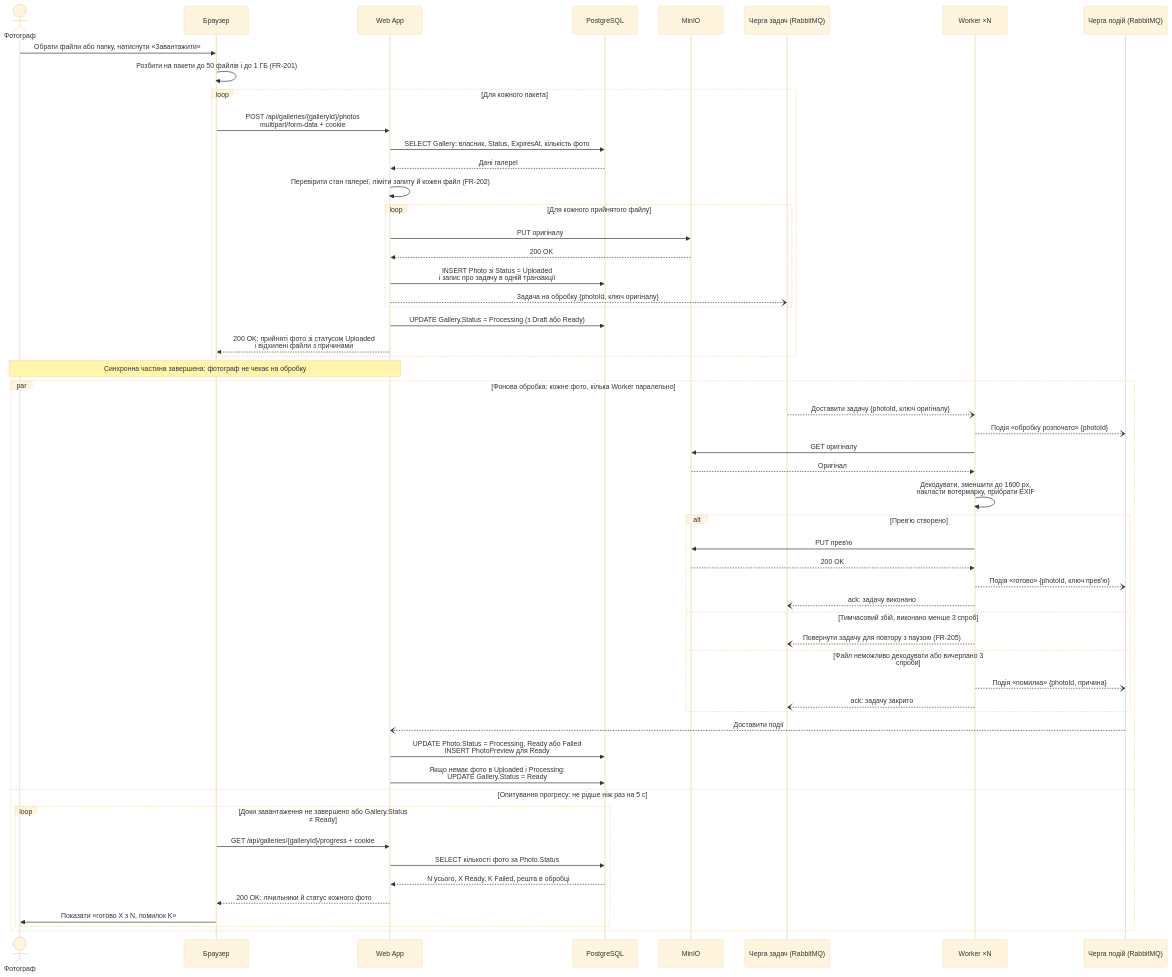
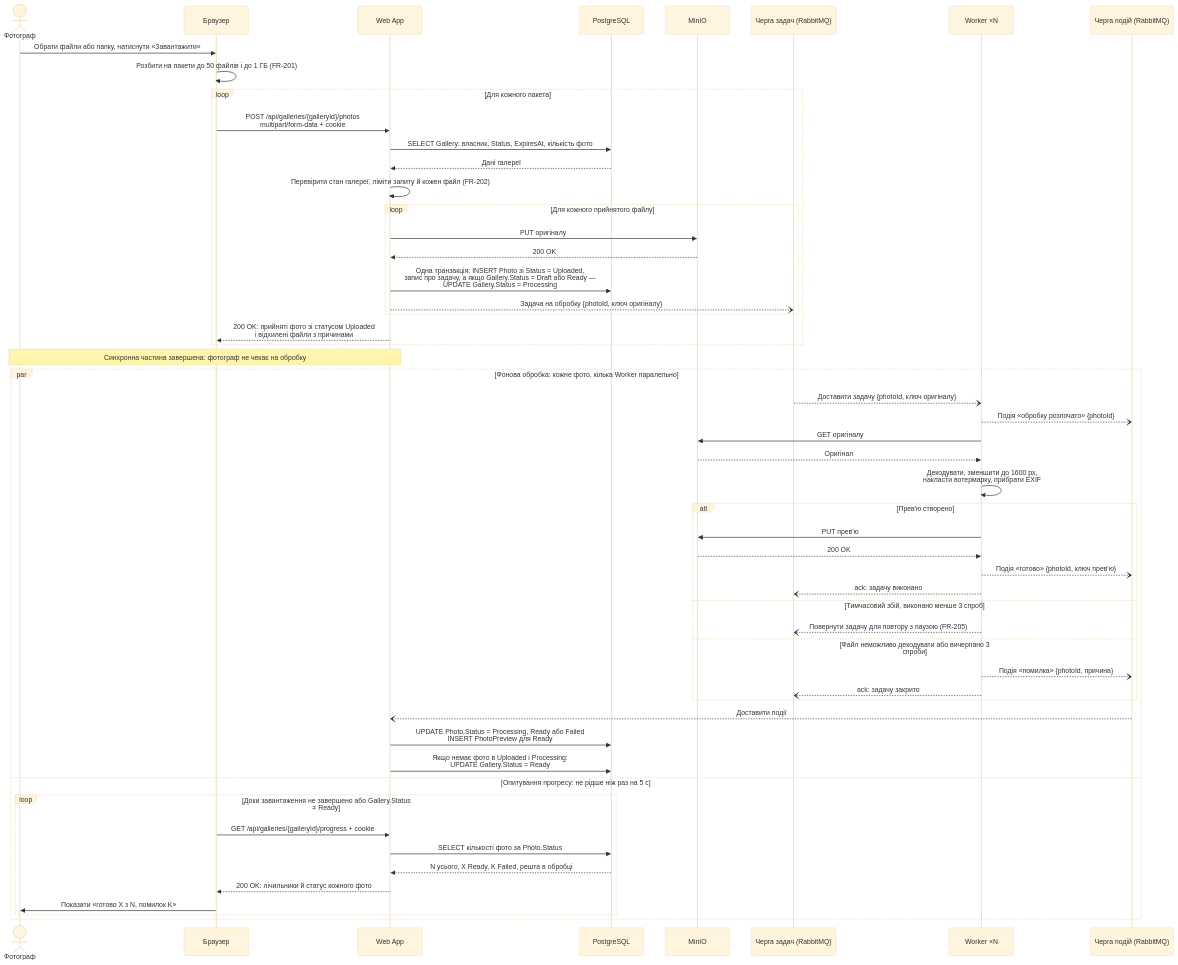
The diagram in docs/04-architecture/flow-zone-b.md (alonasaienko/picpick), drawn with Mermaid (base theme) before and after one commit. The commit also changed other lines of this file, not shown here.

Commit message:
docs(architecture): move gallery status update into photo transaction

````diff
--- a/docs/04-architecture/flow-zone-b.md
+++ b/docs/04-architecture/flow-zone-b.md
@@ -12,60 +12,59 @@
 ```mermaid
 sequenceDiagram
     actor Photographer as Фотограф
     participant Browser as Браузер
     participant WebApp as Web App
     participant PostgreSQL as PostgreSQL
     participant MinIO as MinIO
     participant Tasks as Черга задач (RabbitMQ)
     participant Worker as Worker ×N
     participant Events as Черга подій (RabbitMQ)
 
     Photographer->>Browser: Обрати файли або папку, натиснути «Завантажити»
     Browser->>Browser: Розбити на пакети до 50 файлів і до 1 ГБ (FR-201)
 
     loop Для кожного пакета
         Browser->>WebApp: POST /api/galleries/{galleryId}/photos<br/>multipart/form-data + cookie
         WebApp->>PostgreSQL: SELECT Gallery: власник, Status, ExpiresAt, кількість фото
         PostgreSQL-->>WebApp: Дані галереї
         WebApp->>WebApp: Перевірити стан галереї, ліміти запиту й кожен файл (FR-202)
         loop Для кожного прийнятого файлу
             WebApp->>MinIO: PUT оригіналу
             MinIO-->>WebApp: 200 OK
-            WebApp->>PostgreSQL: INSERT Photo зі Status = Uploaded<br/>і запис про задачу в одній транзакції
+            WebApp->>PostgreSQL: Одна транзакція: INSERT Photo зі Status = Uploaded,<br/>запис про задачу, а якщо Gallery.Status = Draft або Ready —<br/>UPDATE Gallery.Status = Processing
             WebApp--)Tasks: Задача на обробку {photoId, ключ оригіналу}
         end
-        WebApp->>PostgreSQL: UPDATE Gallery.Status = Processing (з Draft або Ready)
         WebApp-->>Browser: 200 OK: прийняті фото зі статусом Uploaded<br/>і відхилені файли з причинами
     end
     Note over Photographer,WebApp: Синхронна частина завершена: фотограф не чекає на обробку
 
     par Фонова обробка: кожне фото, кілька Worker паралельно
         Tasks--)Worker: Доставити задачу {photoId, ключ оригіналу}
         Worker--)Events: Подія «обробку розпочато» {photoId}
         Worker->>MinIO: GET оригіналу
         MinIO-->>Worker: Оригінал
         Worker->>Worker: Декодувати, зменшити до 1600 px,<br/>накласти вотермарку, прибрати EXIF
         alt Прев'ю створено
             Worker->>MinIO: PUT прев'ю
             MinIO-->>Worker: 200 OK
             Worker--)Events: Подія «готово» {photoId, ключ прев'ю}
             Worker--)Tasks: ack: задачу виконано
         else Тимчасовий збій, виконано менше 3 спроб
             Worker--)Tasks: Повернути задачу для повтору з паузою (FR-205)
         else Файл неможливо декодувати або вичерпано 3 спроби
             Worker--)Events: Подія «помилка» {photoId, причина}
             Worker--)Tasks: ack: задачу закрито
         end
         Events--)WebApp: Доставити події
         WebApp->>PostgreSQL: UPDATE Photo.Status = Processing, Ready або Failed<br/>INSERT PhotoPreview для Ready
         WebApp->>PostgreSQL: Якщо немає фото в Uploaded і Processing:<br/>UPDATE Gallery.Status = Ready
     and Опитування прогресу: не рідше ніж раз на 5 с
         loop Доки завантаження не завершено або Gallery.Status ≠ Ready
             Browser->>WebApp: GET /api/galleries/{galleryId}/progress + cookie
             WebApp->>PostgreSQL: SELECT кількості фото за Photo.Status
             PostgreSQL-->>WebApp: N усього, X Ready, K Failed, решта в обробці
             WebApp-->>Browser: 200 OK: лічильники й статус кожного фото
             Browser->>Photographer: Показати «готово X з N, помилок K»
         end
     end
 ```
````
